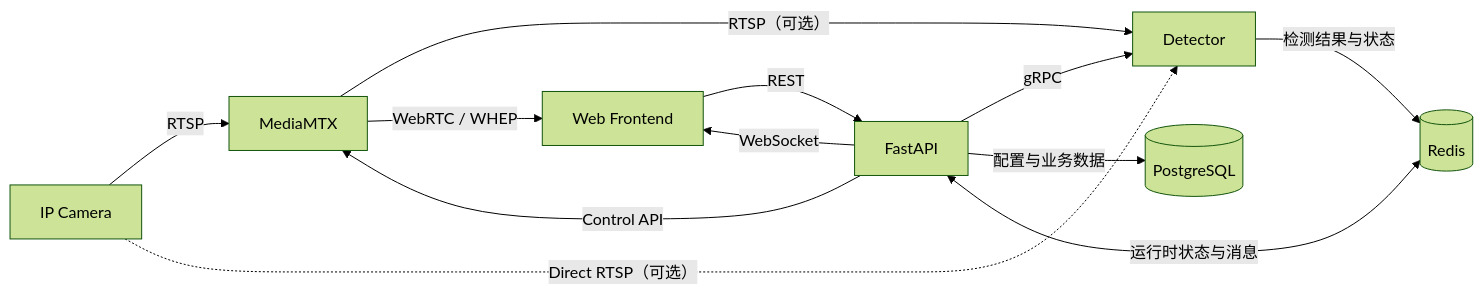
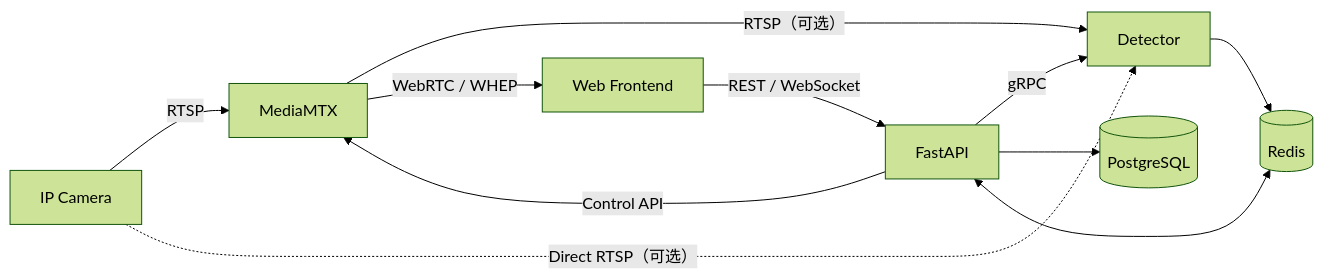
The diagram in README.md (fuweihang/sop-vision), drawn with Mermaid (forest theme) before and after one commit. The commit also changed other lines of this file and 21 other files, not shown here.

````diff
--- a/README.md
+++ b/README.md
@@ -11,16 +12,13 @@
 ```mermaid
 flowchart LR
-    CAM["IP Camera"] -->|"RTSP"| MTX["MediaMTX"]
+    CAM["IP Camera"] -->|RTSP| MTX["MediaMTX"]
     CAM -. "Direct RTSP（可选）" .-> DET["Detector"]
-    MTX -->|"RTSP（可选）"| DET
-    MTX -->|"WebRTC / WHEP"| FE["Web Frontend"]
-
-    FE -->|"REST"| API["FastAPI"]
-    API -->|"WebSocket"| FE
-    API -->|"Control API"| MTX
-    API -->|"gRPC"| DET
-
-    API -->|"配置与业务数据"| PG[(PostgreSQL)]
-    API <-->|"运行时状态与消息"| REDIS[(Redis)]
-    DET -->|"检测结果与状态"| REDIS
+    MTX -->|RTSP（可选）| DET
+    MTX -->|WebRTC / WHEP| FE["Web Frontend"]
+    FE -->|REST / WebSocket| API["FastAPI"]
+    API -->|Control API| MTX
+    API -->|gRPC| DET
+    API --> PG[(PostgreSQL)]
+    API <--> REDIS[(Redis)]
+    DET --> REDIS
 ```
````
